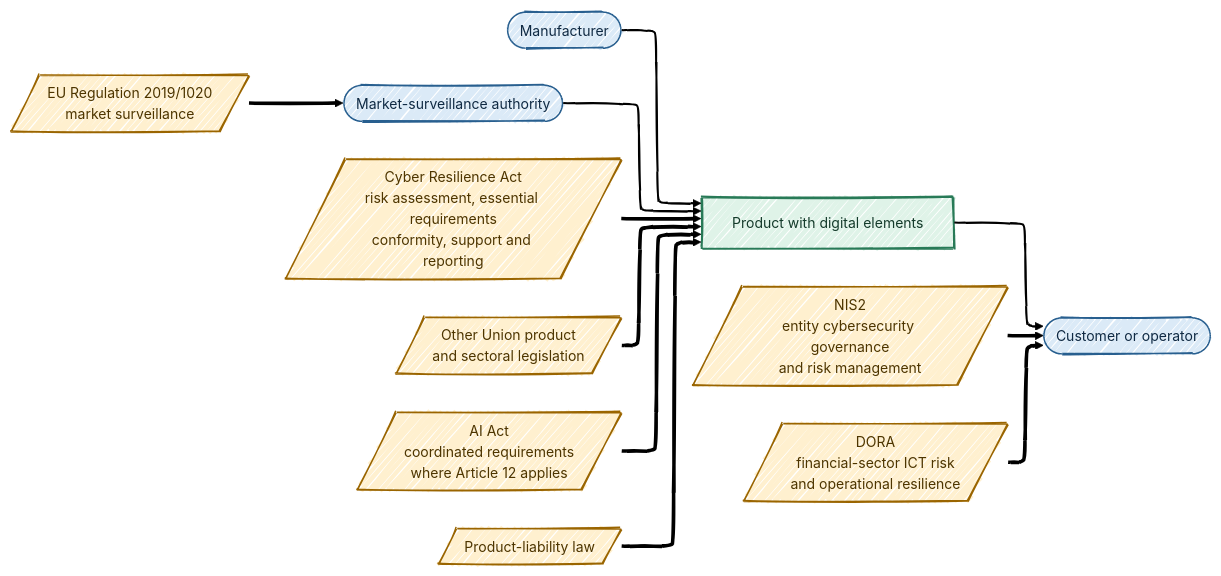
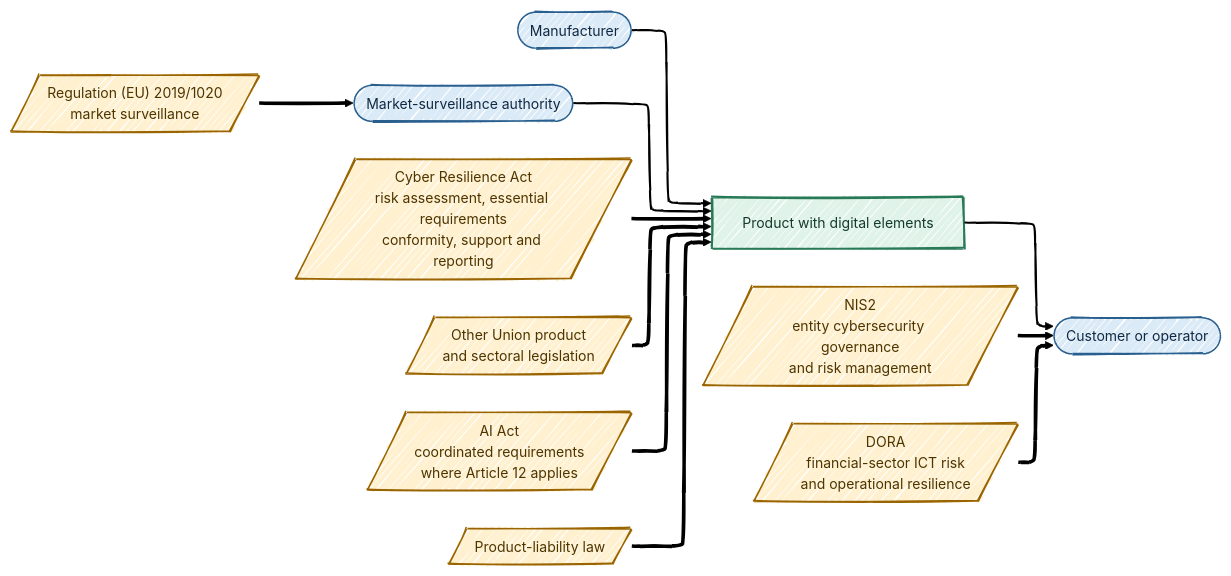
The first of 18 diagrams in longforms/cyber-resilience-act-the-new-product-security-baseline/index.qmd (antomon/antomon.github.io), drawn with Mermaid before and after one commit. The commit also changed other lines of this file and 46 other files, not shown here.

````diff
--- a/longforms/cyber-resilience-act-the-new-product-security-baseline/index.qmd
+++ b/longforms/cyber-resilience-act-the-new-product-security-baseline/index.qmd
@@ -44,37 +44,37 @@
 ```{mermaid}
 %%| label: fig-cyber-resilience-act-the-new-product-security-baseline-regulatory-architecture
 %%| fig-cap: "The CRA adds a horizontal product-lifecycle cybersecurity regime to entity-level, sectoral, safety, market-surveillance, AI, and liability frameworks."
 %%| fig-alt: "A manufacturer supplies a product with digital elements to a customer or operator. The Cyber Resilience Act governs the product through cybersecurity risk assessment, essential requirements, conformity, support, vulnerability handling, reporting, and corrective action. Regulation 2019/1020 provides the market-surveillance framework. NIS2 and DORA apply primarily to covered organisations. Other Union product legislation and the AI Act can apply simultaneously to the same product, while product-liability law addresses civil liability for defective products."
 %%| fig-align: center
 %%{init: {"theme": "neo", "look": "handDrawn", "layout": "elk"}}%%
 flowchart LR
     MFR([Manufacturer]):::entity
     PRODUCT[Product with digital elements]:::product
     USER([Customer or operator]):::entity
     MSA([Market-surveillance authority]):::entity
 
     CRA[/Cyber Resilience Act<br/>risk assessment, essential requirements<br/>conformity, support and reporting/]:::overlay
-    SURVEILLANCE[/EU Regulation 2019/1020<br/>market surveillance/]:::overlay
+    SURVEILLANCE[/"Regulation (EU) 2019/1020<br/>market surveillance"/]:::overlay
     NIS2[/NIS2<br/>entity cybersecurity governance<br/>and risk management/]:::overlay
     DORA[/DORA<br/>financial-sector ICT risk<br/>and operational resilience/]:::overlay
     SECTOR[/Other Union product<br/>and sectoral legislation/]:::overlay
     AI[/AI Act<br/>coordinated requirements<br/>where Article 12 applies/]:::overlay
     LIABILITY[/Product-liability law/]:::overlay
 
     MFR --> PRODUCT
     PRODUCT --> USER
 
     CRA ==> PRODUCT
     SURVEILLANCE ==> MSA
     MSA --> PRODUCT
 
     NIS2 ==> USER
     DORA ==> USER
     SECTOR ==> PRODUCT
     AI ==> PRODUCT
     LIABILITY ==> PRODUCT
 
     classDef entity fill:#dbeaf7,stroke:#285f8f,stroke-width:1.5px,color:#102a43;
     classDef product fill:#dff3e8,stroke:#287a57,stroke-width:2px,color:#153b2b;
     classDef overlay fill:#fff0cf,stroke:#9a6500,stroke-width:1.5px,color:#4d3500;
 ```
````
